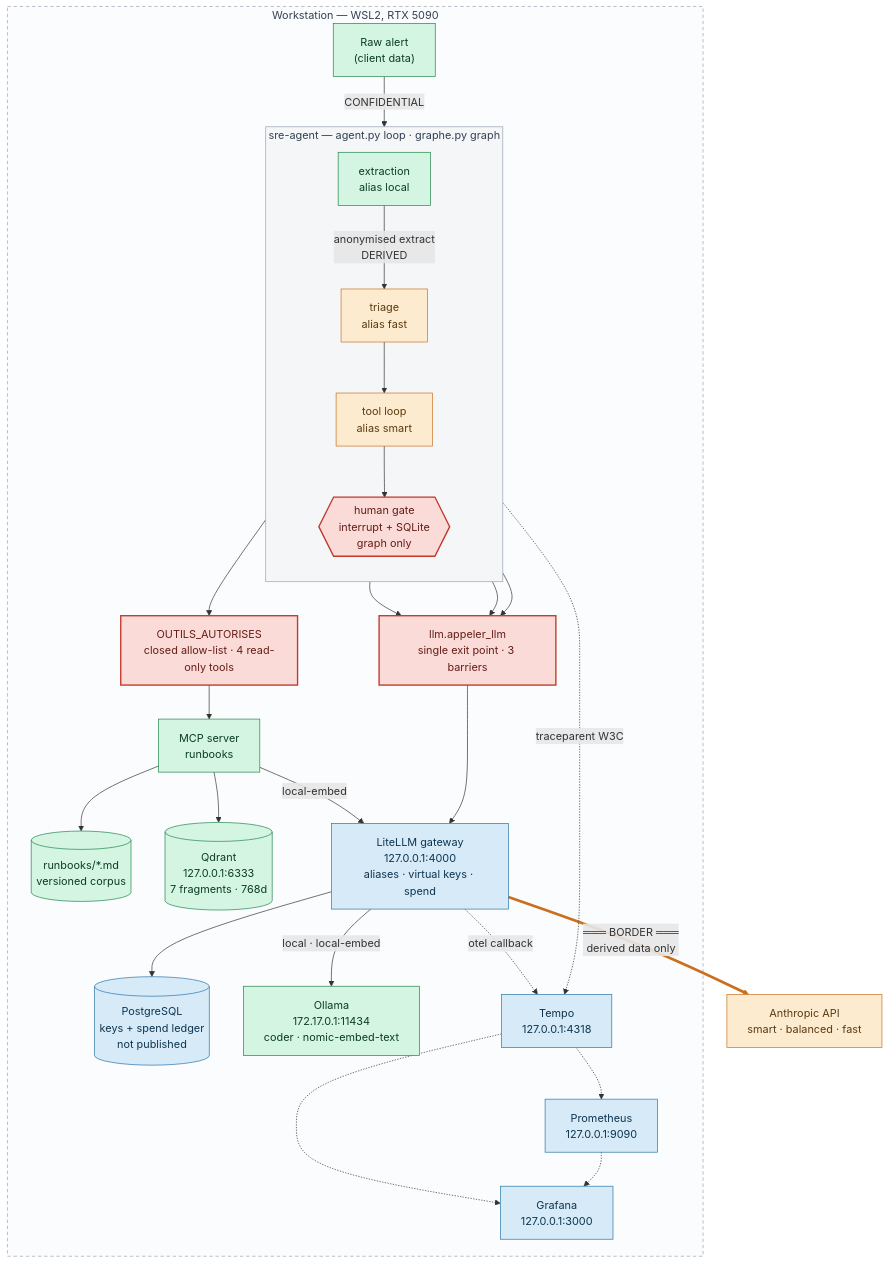
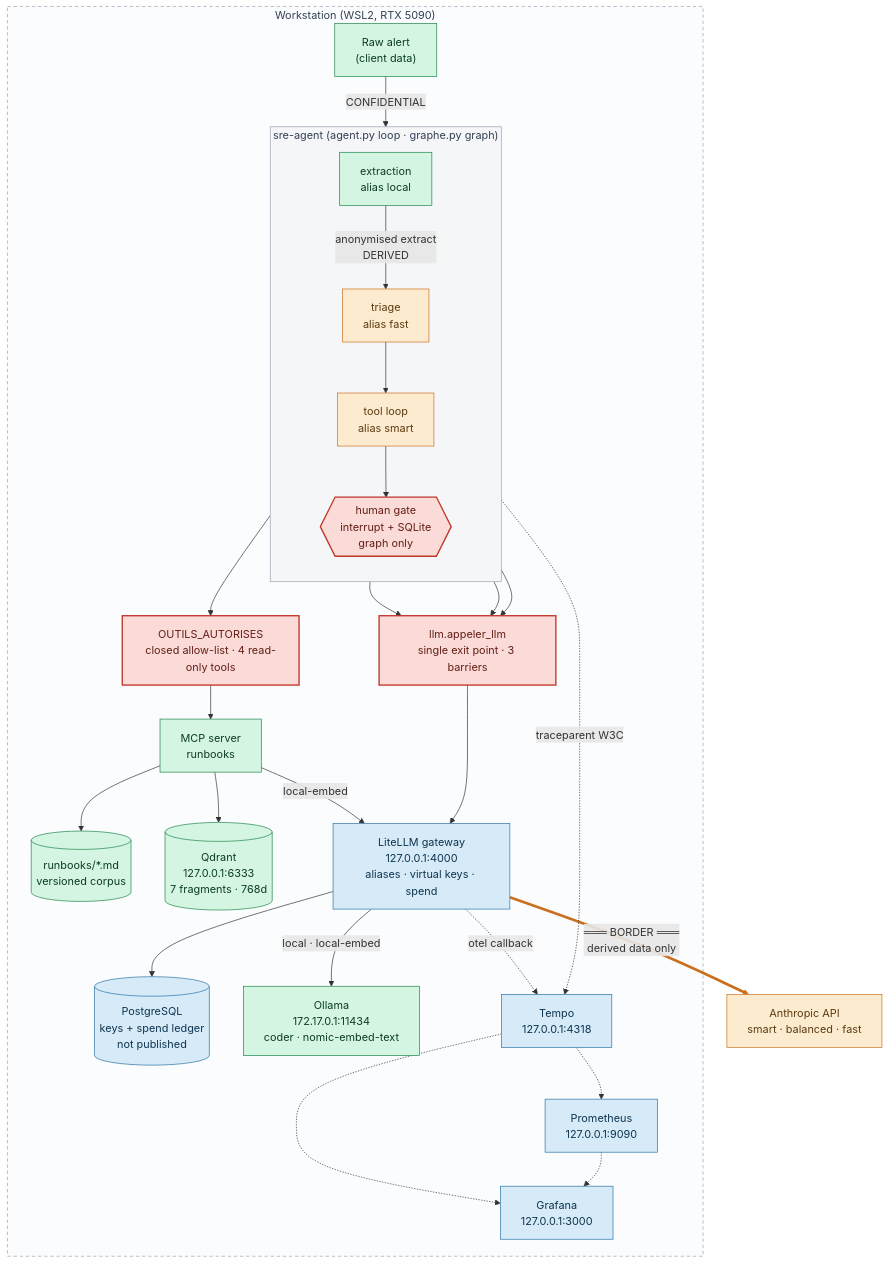
The diagram in README.md (Vedric/ambicrafted-platform-workspace), drawn with Mermaid before and after one commit. The commit also changed other lines of this file and 27 other files, not shown here.

````diff
--- a/README.md
+++ b/README.md
@@ -23,66 +23,66 @@
 ```mermaid
 flowchart TB
     classDef local    fill:#d5f5e3,stroke:#1e8449,stroke-width:1px,color:#0b3d20
     classDef frontier fill:#fdebd0,stroke:#ca6f1e,stroke-width:1px,color:#5b3a10
     classDef infra    fill:#d6eaf8,stroke:#2874a6,stroke-width:1px,color:#0e3550
     classDef guard    fill:#fadbd8,stroke:#c0392b,stroke-width:2px,color:#641e16
 
-    subgraph HOST["Workstation — WSL2, RTX 5090"]
+    subgraph HOST["Workstation (WSL2, RTX 5090)"]
 
         ALERT["Raw alert<br/>(client data)"]:::local
 
-        subgraph AGT["sre-agent — agent.py loop · graphe.py graph"]
+        subgraph AGT["sre-agent (agent.py loop · graphe.py graph)"]
             direction TB
             EXTRACT["extraction<br/>alias local"]:::local
             TRIAGE["triage<br/>alias fast"]:::frontier
             REASON["tool loop<br/>alias smart"]:::frontier
             HGATE{{"human gate<br/>interrupt + SQLite<br/>graph only"}}:::guard
         end
 
         LLMPY["llm.appeler_llm<br/>single exit point · 3 barriers"]:::guard
         WLIST["OUTILS_AUTORISES<br/>closed allow-list · 4 read-only tools"]:::guard
 
         MCPSRV["MCP server<br/>runbooks"]:::local
         RBOOKS[("runbooks/*.md<br/>versioned corpus")]:::local
         QDRANT[("Qdrant<br/>127.0.0.1:6333<br/>7 fragments · 768d")]:::local
 
         GW["LiteLLM gateway<br/>127.0.0.1:4000<br/>aliases · virtual keys · spend"]:::infra
         PGSQL[("PostgreSQL<br/>keys + spend ledger<br/>not published")]:::infra
         OLLAMA["Ollama<br/>172.17.0.1:11434<br/>coder · nomic-embed-text"]:::local
 
         TEMPO["Tempo<br/>127.0.0.1:4318"]:::infra
         PROM["Prometheus<br/>127.0.0.1:9090"]:::infra
         GRAF["Grafana<br/>127.0.0.1:3000"]:::infra
     end
 
     PROVIDER["Anthropic API<br/>smart · balanced · fast"]:::frontier
 
     ALERT -->|CONFIDENTIAL| EXTRACT
     EXTRACT -->|anonymised extract<br/>DERIVED| TRIAGE
     TRIAGE --> REASON
     REASON --> HGATE
 
     EXTRACT --> LLMPY
     TRIAGE --> LLMPY
     REASON --> LLMPY
     REASON --> WLIST
     WLIST --> MCPSRV
     MCPSRV --> RBOOKS
     MCPSRV --> QDRANT
     MCPSRV -->|local-embed| GW
 
     LLMPY --> GW
     GW --> PGSQL
     GW -->|local · local-embed| OLLAMA
     GW ==>|"═══ BORDER ═══<br/>derived data only"| PROVIDER
 
     AGT -.->|traceparent W3C| TEMPO
     GW -.->|otel callback| TEMPO
     TEMPO -.-> PROM
     TEMPO -.-> GRAF
     PROM -.-> GRAF
 
     linkStyle 15 stroke:#ca6f1e,stroke-width:4px
     style HOST fill:#fbfcfd,stroke:#98a2b3,stroke-dasharray:5 4,color:#344054
     style AGT  fill:#f4f6f8,stroke:#98a2b3,color:#344054
 ```
````
